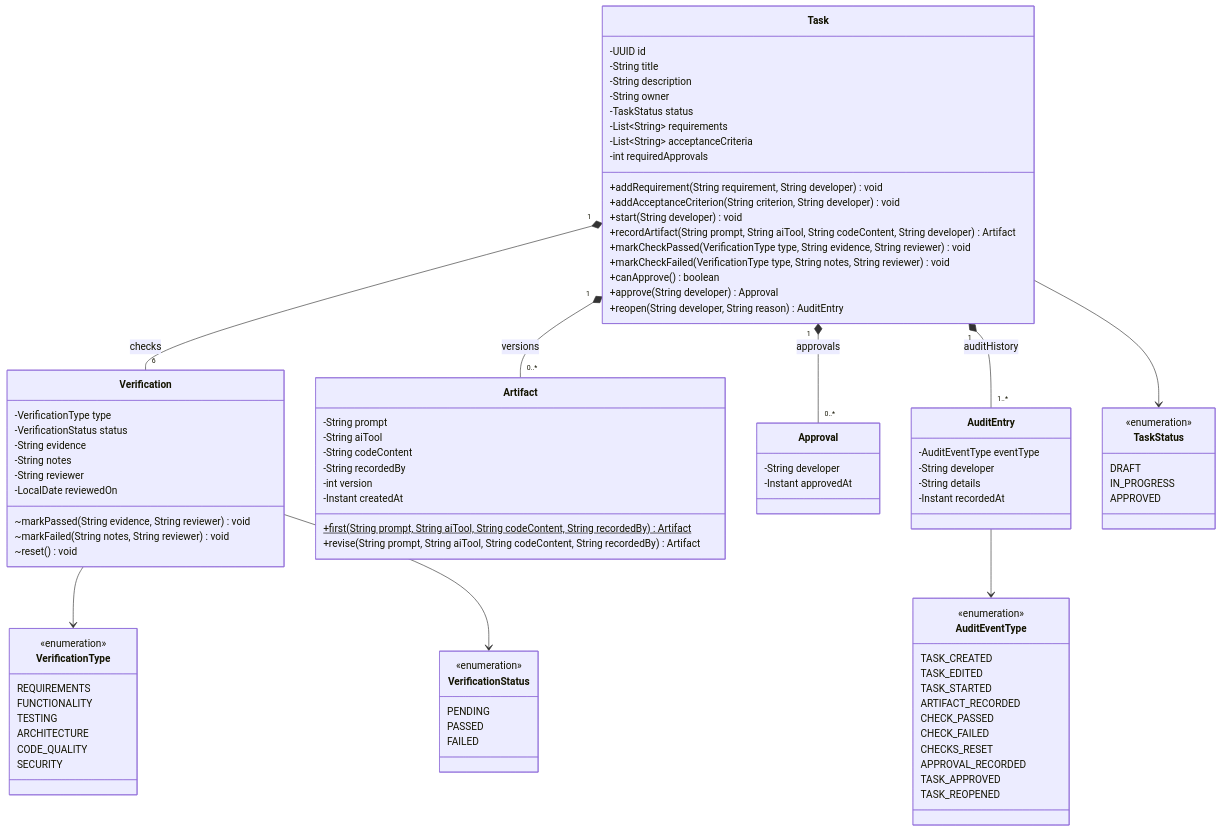
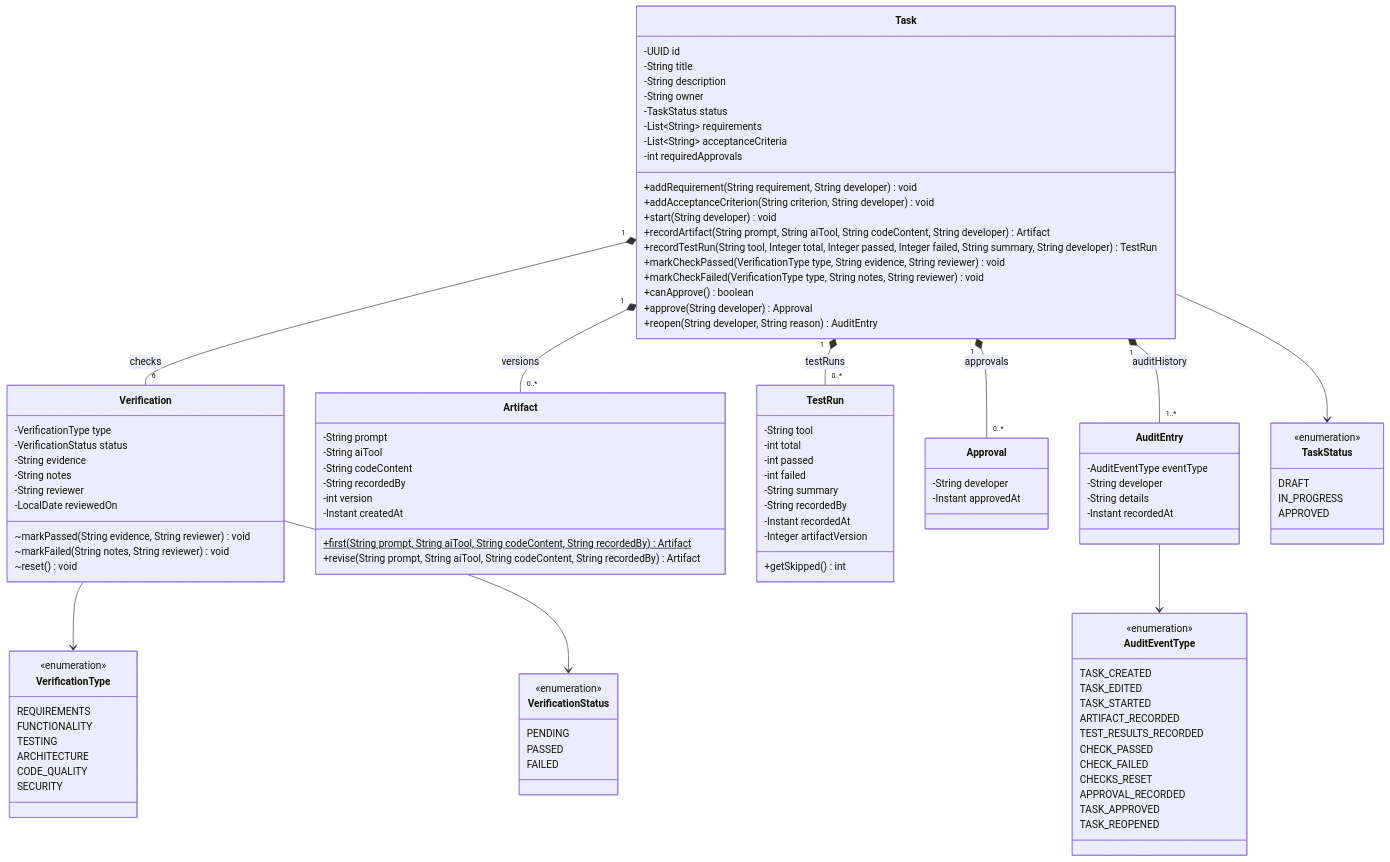
Before and after one commit to ASantana0924/cen5064-project-santana: the third of 4 diagrams in README.md, drawn with Mermaid. The commit also changed other lines of this file and 19 other files, not shown here.

First line of the commit message:
Record automated test results as TESTING evidence

```diff
--- a/README.md
+++ b/README.md
@@ -246,6 +259,7 @@
         +addAcceptanceCriterion(String criterion, String developer) void
         +start(String developer) void
         +recordArtifact(String prompt, String aiTool, String codeContent, String developer) Artifact
+        +recordTestRun(String tool, Integer total, Integer passed, Integer failed, String summary, String developer) TestRun
         +markCheckPassed(VerificationType type, String evidence, String reviewer) void
         +markCheckFailed(VerificationType type, String notes, String reviewer) void
         +canApprove() boolean
@@ -274,6 +288,18 @@
         -Instant createdAt
         +first(String prompt, String aiTool, String codeContent, String recordedBy)$ Artifact
         +revise(String prompt, String aiTool, String codeContent, String recordedBy) Artifact
+    }
+
+    class TestRun {
+        -String tool
+        -int total
+        -int passed
+        -int failed
+        -String summary
+        -String recordedBy
+        -Instant recordedAt
+        -Integer artifactVersion
+        +getSkipped() int
     }
 
     class Approval {
@@ -318,6 +344,7 @@
         TASK_EDITED
         TASK_STARTED
         ARTIFACT_RECORDED
+        TEST_RESULTS_RECORDED
         CHECK_PASSED
         CHECK_FAILED
         CHECKS_RESET
@@ -328,6 +355,7 @@
 
     Task "1" *-- "6" Verification : checks
     Task "1" *-- "0..*" Artifact : versions
+    Task "1" *-- "0..*" TestRun : testRuns
     Task "1" *-- "0..*" Approval : approvals
     Task "1" *-- "1..*" AuditEntry : auditHistory
     Task --> TaskStatus
```
